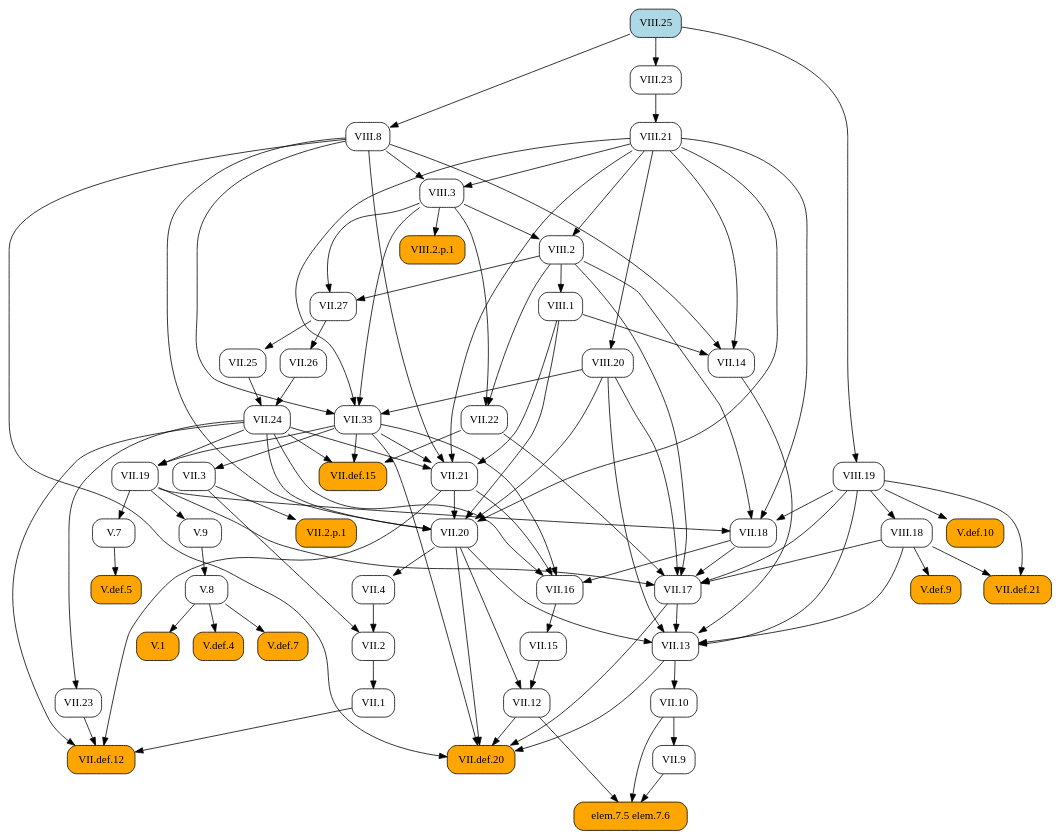
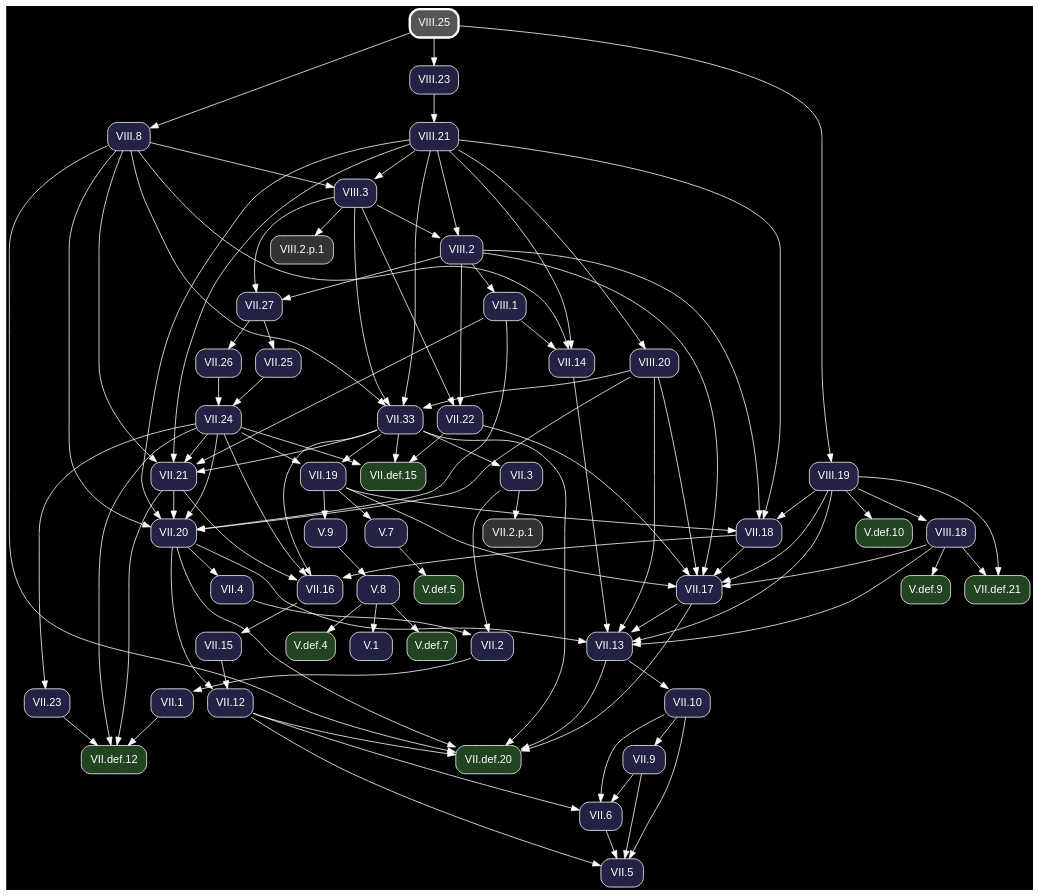
Before and after one commit to geometor/elements: the diagram in docsrc/heath/VIII/25/index.rst, drawn with Graphviz. The commit also changed other lines of this file and 1200 other files, not shown here.

Commit message:
update dependency graphs

```diff
--- a/docsrc/heath/VIII/25/index.rst
+++ b/docsrc/heath/VIII/25/index.rst
@@ -34,108 +34,70 @@
 .. graphviz::
 
    digraph {
+     bgcolor="black";
+     node [shape=box, style="rounded,filled", fontname="Helvetica", color="white", fontcolor="white"];
+     edge [color="white", fontcolor="white"];
      rankdir="TB";
-     node [shape=box, style=rounded];
-     "VII.33" [URL="/heath/VII/33/", target="_top"];
-     "VII.12" [URL="/heath/VII/12/", target="_top"];
-     "elem.7.5 elem.7.6" [style="rounded,filled", fillcolor=orange];
-     "VIII.20" [URL="/heath/VIII/20/", target="_top"];
-     "VII.9" [URL="/heath/VII/9/", target="_top"];
-     "VIII.2" [URL="/heath/VIII/2/", target="_top"];
-     "VII.18" [URL="/heath/VII/18/", target="_top"];
-     "VII.16" [URL="/heath/VII/16/", target="_top"];
-     "V.7" [URL="/heath/V/7/", target="_top"];
-     "VII.26" [URL="/heath/VII/26/", target="_top"];
-     "V.def.5" [style="rounded,filled", fillcolor=orange, URL="/heath/V/def.5/", target="_top"];
-     "V.9" [URL="/heath/V/9/", target="_top"];
-     "VIII.8" [URL="/heath/VIII/8/", target="_top"];
-     "VII.10" [URL="/heath/VII/10/", target="_top"];
-     "VIII.3" [URL="/heath/VIII/3/", target="_top"];
-     "VII.13" [URL="/heath/VII/13/", target="_top"];
-     "VIII.18" [URL="/heath/VIII/18/", target="_top"];
-     "VIII.23" [URL="/heath/VIII/23/", target="_top"];
-     "VII.def.15" [style="rounded,filled", fillcolor=orange, URL="/heath/VII/def.15/", target="_top"];
-     "VIII.19" [URL="/heath/VIII/19/", target="_top"];
-     "VII.17" [URL="/heath/VII/17/", target="_top"];
-     "VII.19" [URL="/heath/VII/19/", target="_top"];
-     "VIII.2.p.1" [style="rounded,filled", fillcolor=orange];
-     "VII.2" [URL="/heath/VII/2/", target="_top"];
-     "VII.def.20" [style="rounded,filled", fillcolor=orange, URL="/heath/VII/def.20/", target="_top"];
-     "VII.2.p.1" [style="rounded,filled", fillcolor=orange];
-     "VII.15" [URL="/heath/VII/15/", target="_top"];
-     "V.def.4" [style="rounded,filled", fillcolor=orange, URL="/heath/V/def.4/", target="_top"];
-     "VIII.25" [style="rounded,filled", fillcolor=lightblue, URL="/heath/VIII/25/", target="_top"];
-     "V.def.7" [style="rounded,filled", fillcolor=orange, URL="/heath/V/def.7/", target="_top"];
-     "VIII.21" [URL="/heath/VIII/21/", target="_top"];
-     "VII.14" [URL="/heath/VII/14/", target="_top"];
-     "VII.27" [URL="/heath/VII/27/", target="_top"];
-     "VII.21" [URL="/heath/VII/21/", target="_top"];
-     "V.def.10" [style="rounded,filled", fillcolor=orange, URL="/heath/V/def.10/", target="_top"];
-     "VII.22" [URL="/heath/VII/22/", target="_top"];
-     "VIII.1" [URL="/heath/VIII/1/", target="_top"];
-     "VII.25" [URL="/heath/VII/25/", target="_top"];
-     "VII.1" [URL="/heath/VII/1/", target="_top"];
-     "V.8" [URL="/heath/V/8/", target="_top"];
-     "VII.23" [URL="/heath/VII/23/", target="_top"];
-     "VII.4" [URL="/heath/VII/4/", target="_top"];
-     "VII.def.12" [style="rounded,filled", fillcolor=orange, URL="/heath/VII/def.12/", target="_top"];
-     "V.1" [style="rounded,filled", fillcolor=orange, URL="/heath/V/1/", target="_top"];
-     "V.def.9" [style="rounded,filled", fillcolor=orange, URL="/heath/V/def.9/", target="_top"];
-     "VII.3" [URL="/heath/VII/3/", target="_top"];
-     "VII.24" [URL="/heath/VII/24/", target="_top"];
-     "VII.20" [URL="/heath/VII/20/", target="_top"];
-     "VII.def.21" [style="rounded,filled", fillcolor=orange, URL="/heath/VII/def.21/", target="_top"];
+     "VII.33" [fillcolor="#222244", URL="/heath/VII/33/", target="_top"];
+     "V.def.5" [fillcolor="#224422", URL="/heath/V/def.5/", target="_top"];
+     "V.def.9" [fillcolor="#224422", URL="/heath/V/def.9/", target="_top"];
+     "VII.18" [fillcolor="#222244", URL="/heath/VII/18/", target="_top"];
+     "VII.2" [fillcolor="#222244", URL="/heath/VII/2/", target="_top"];
+     "VII.def.20" [fillcolor="#224422", URL="/heath/VII/def.20/", target="_top"];
+     "VIII.8" [fillcolor="#222244", URL="/heath/VIII/8/", target="_top"];
+     "VIII.21" [fillcolor="#222244", URL="/heath/VIII/21/", target="_top"];
+     "VII.26" [fillcolor="#222244", URL="/heath/VII/26/", target="_top"];
+     "VII.1" [fillcolor="#222244", URL="/heath/VII/1/", target="_top"];
+     "VII.13" [fillcolor="#222244", URL="/heath/VII/13/", target="_top"];
+     "VIII.2.p.1" [fillcolor="#333333"];
+     "VII.27" [fillcolor="#222244", URL="/heath/VII/27/", target="_top"];
+     "VII.4" [fillcolor="#222244", URL="/heath/VII/4/", target="_top"];
+     "VII.25" [fillcolor="#222244", URL="/heath/VII/25/", target="_top"];
+     "V.def.10" [fillcolor="#224422", URL="/heath/V/def.10/", target="_top"];
+     "VIII.20" [fillcolor="#222244", URL="/heath/VIII/20/", target="_top"];
+     "VII.21" [fillcolor="#222244", URL="/heath/VII/21/", target="_top"];
+     "VII.9" [fillcolor="#222244", URL="/heath/VII/9/", target="_top"];
+     "V.7" [fillcolor="#222244", URL="/heath/V/7/", target="_top"];
+     "VII.12" [fillcolor="#222244", URL="/heath/VII/12/", target="_top"];
+     "V.9" [fillcolor="#222244", URL="/heath/V/9/", target="_top"];
+     "VII.17" [fillcolor="#222244", URL="/heath/VII/17/", target="_top"];
+     "VII.24" [fillcolor="#222244", URL="/heath/VII/24/", target="_top"];
+     "VII.22" [fillcolor="#222244", URL="/heath/VII/22/", target="_top"];
+     "VIII.2" [fillcolor="#222244", URL="/heath/VIII/2/", target="_top"];
+     "V.def.7" [fillcolor="#224422", URL="/heath/V/def.7/", target="_top"];
+     "VII.20" [fillcolor="#222244", URL="/heath/VII/20/", target="_top"];
+     "VIII.25" [penwidth=3, color="white", fillcolor="#555555", URL="/heath/VIII/25/", target="_top"];
+     "V.def.4" [fillcolor="#224422", URL="/heath/V/def.4/", target="_top"];
+     "VIII.18" [fillcolor="#222244", URL="/heath/VIII/18/", target="_top"];
+     "VII.5" [fillcolor="#222244", URL="/heath/VII/5/", target="_top"];
+     "VIII.23" [fillcolor="#222244", URL="/heath/VIII/23/", target="_top"];
+     "VII.def.15" [fillcolor="#224422", URL="/heath/VII/def.15/", target="_top"];
+     "VIII.3" [fillcolor="#222244", URL="/heath/VIII/3/", target="_top"];
+     "VII.2.p.1" [fillcolor="#333333"];
+     "VII.6" [fillcolor="#222244", URL="/heath/VII/6/", target="_top"];
+     "VII.16" [fillcolor="#222244", URL="/heath/VII/16/", target="_top"];
+     "VII.15" [fillcolor="#222244", URL="/heath/VII/15/", target="_top"];
+     "V.1" [fillcolor="#222244", URL="/heath/V/1/", target="_top"];
+     "VII.10" [fillcolor="#222244", URL="/heath/VII/10/", target="_top"];
+     "VIII.19" [fillcolor="#222244", URL="/heath/VIII/19/", target="_top"];
+     "VII.23" [fillcolor="#222244", URL="/heath/VII/23/", target="_top"];
+     "VII.def.12" [fillcolor="#224422", URL="/heath/VII/def.12/", target="_top"];
+     "VII.def.21" [fillcolor="#224422", URL="/heath/VII/def.21/", target="_top"];
+     "VII.19" [fillcolor="#222244", URL="/heath/VII/19/", target="_top"];
+     "VIII.1" [fillcolor="#222244", URL="/heath/VIII/1/", target="_top"];
+     "V.8" [fillcolor="#222244", URL="/heath/V/8/", target="_top"];
+     "VII.3" [fillcolor="#222244", URL="/heath/VII/3/", target="_top"];
+     "VII.14" [fillcolor="#222244", URL="/heath/VII/14/", target="_top"];
      "VIII.3" -> "VII.33";
      "VIII.8" -> "VII.33";
      "VIII.20" -> "VII.33";
      "VIII.21" -> "VII.33";
-     "VII.15" -> "VII.12";
-     "VII.20" -> "VII.12";
-     "VII.9" -> "elem.7.5 elem.7.6";
-     "VII.10" -> "elem.7.5 elem.7.6";
-     "VII.12" -> "elem.7.5 elem.7.6";
-     "VIII.21" -> "VIII.20";
-     "VII.10" -> "VII.9";
-     "VIII.3" -> "VIII.2";
-     "VIII.21" -> "VIII.2";
+     "V.7" -> "V.def.5";
+     "VIII.18" -> "V.def.9";
      "VII.19" -> "VII.18";
      "VIII.2" -> "VII.18";
      "VIII.19" -> "VII.18";
      "VIII.21" -> "VII.18";
-     "VII.18" -> "VII.16";
-     "VII.21" -> "VII.16";
-     "VII.24" -> "VII.16";
-     "VII.33" -> "VII.16";
-     "VII.19" -> "V.7";
-     "VII.27" -> "VII.26";
-     "V.7" -> "V.def.5";
-     "VII.19" -> "V.9";
-     "VIII.25" -> "VIII.8";
-     "VII.13" -> "VII.10";
-     "VIII.8" -> "VIII.3";
-     "VIII.21" -> "VIII.3";
-     "VII.14" -> "VII.13";
-     "VII.17" -> "VII.13";
-     "VII.20" -> "VII.13";
-     "VIII.18" -> "VII.13";
-     "VIII.19" -> "VII.13";
-     "VIII.20" -> "VII.13";
-     "VIII.19" -> "VIII.18";
-     "VIII.25" -> "VIII.23";
-     "VII.22" -> "VII.def.15";
-     "VII.24" -> "VII.def.15";
-     "VII.33" -> "VII.def.15";
-     "VIII.25" -> "VIII.19";
-     "VII.18" -> "VII.17";
-     "VII.19" -> "VII.17";
-     "VII.22" -> "VII.17";
-     "VIII.2" -> "VII.17";
-     "VIII.18" -> "VII.17";
-     "VIII.19" -> "VII.17";
-     "VIII.20" -> "VII.17";
-     "VII.24" -> "VII.19";
-     "VII.33" -> "VII.19";
-     "VIII.3" -> "VIII.2.p.1";
      "VII.3" -> "VII.2";
      "VII.4" -> "VII.2";
      "VII.12" -> "VII.def.20";
@@ -144,45 +106,90 @@
      "VII.20" -> "VII.def.20";
      "VII.33" -> "VII.def.20";
      "VIII.8" -> "VII.def.20";
-     "VII.3" -> "VII.2.p.1";
-     "VII.16" -> "VII.15";
-     "V.8" -> "V.def.4";
-     "V.8" -> "V.def.7";
+     "VIII.25" -> "VIII.8";
      "VIII.23" -> "VIII.21";
-     "VIII.1" -> "VII.14";
-     "VIII.8" -> "VII.14";
-     "VIII.21" -> "VII.14";
+     "VII.27" -> "VII.26";
+     "VII.2" -> "VII.1";
+     "VII.14" -> "VII.13";
+     "VII.17" -> "VII.13";
+     "VII.20" -> "VII.13";
+     "VIII.18" -> "VII.13";
+     "VIII.19" -> "VII.13";
+     "VIII.20" -> "VII.13";
+     "VIII.3" -> "VIII.2.p.1";
      "VIII.2" -> "VII.27";
      "VIII.3" -> "VII.27";
+     "VII.20" -> "VII.4";
+     "VII.27" -> "VII.25";
+     "VIII.19" -> "V.def.10";
+     "VIII.21" -> "VIII.20";
      "VII.24" -> "VII.21";
      "VII.33" -> "VII.21";
      "VIII.1" -> "VII.21";
      "VIII.8" -> "VII.21";
      "VIII.21" -> "VII.21";
-     "VIII.19" -> "V.def.10";
+     "VII.10" -> "VII.9";
+     "VII.19" -> "V.7";
+     "VII.15" -> "VII.12";
+     "VII.20" -> "VII.12";
+     "VII.19" -> "V.9";
+     "VII.18" -> "VII.17";
+     "VII.19" -> "VII.17";
+     "VII.22" -> "VII.17";
+     "VIII.2" -> "VII.17";
+     "VIII.18" -> "VII.17";
+     "VIII.19" -> "VII.17";
+     "VIII.20" -> "VII.17";
+     "VII.25" -> "VII.24";
+     "VII.26" -> "VII.24";
      "VIII.2" -> "VII.22";
      "VIII.3" -> "VII.22";
-     "VIII.2" -> "VIII.1";
-     "VII.27" -> "VII.25";
-     "VII.2" -> "VII.1";
-     "V.9" -> "V.8";
-     "VII.24" -> "VII.23";
-     "VII.20" -> "VII.4";
-     "VII.1" -> "VII.def.12";
-     "VII.21" -> "VII.def.12";
-     "VII.23" -> "VII.def.12";
-     "VII.24" -> "VII.def.12";
-     "V.8" -> "V.1";
-     "VIII.18" -> "V.def.9";
-     "VII.33" -> "VII.3";
-     "VII.25" -> "VII.24";
-     "VII.26" -> "VII.24";
+     "VIII.3" -> "VIII.2";
+     "VIII.21" -> "VIII.2";
+     "V.8" -> "V.def.7";
      "VII.21" -> "VII.20";
      "VII.24" -> "VII.20";
      "VIII.1" -> "VII.20";
      "VIII.8" -> "VII.20";
      "VIII.20" -> "VII.20";
      "VIII.21" -> "VII.20";
+     "V.8" -> "V.def.4";
+     "VIII.19" -> "VIII.18";
+     "VII.6" -> "VII.5";
+     "VII.9" -> "VII.5";
+     "VII.10" -> "VII.5";
+     "VII.12" -> "VII.5";
+     "VIII.25" -> "VIII.23";
+     "VII.22" -> "VII.def.15";
+     "VII.24" -> "VII.def.15";
+     "VII.33" -> "VII.def.15";
+     "VIII.8" -> "VIII.3";
+     "VIII.21" -> "VIII.3";
+     "VII.3" -> "VII.2.p.1";
+     "VII.9" -> "VII.6";
+     "VII.10" -> "VII.6";
+     "VII.12" -> "VII.6";
+     "VII.18" -> "VII.16";
+     "VII.21" -> "VII.16";
+     "VII.24" -> "VII.16";
+     "VII.33" -> "VII.16";
+     "VII.16" -> "VII.15";
+     "V.8" -> "V.1";
+     "VII.13" -> "VII.10";
+     "VIII.25" -> "VIII.19";
+     "VII.24" -> "VII.23";
+     "VII.1" -> "VII.def.12";
+     "VII.21" -> "VII.def.12";
+     "VII.23" -> "VII.def.12";
+     "VII.24" -> "VII.def.12";
      "VIII.18" -> "VII.def.21";
      "VIII.19" -> "VII.def.21";
+     "VII.24" -> "VII.19";
+     "VII.33" -> "VII.19";
+     "VIII.2" -> "VIII.1";
+     "V.9" -> "V.8";
+     "VII.33" -> "VII.3";
+     "VIII.1" -> "VII.14";
+     "VIII.8" -> "VII.14";
+     "VIII.21" -> "VII.14";
    }
```
